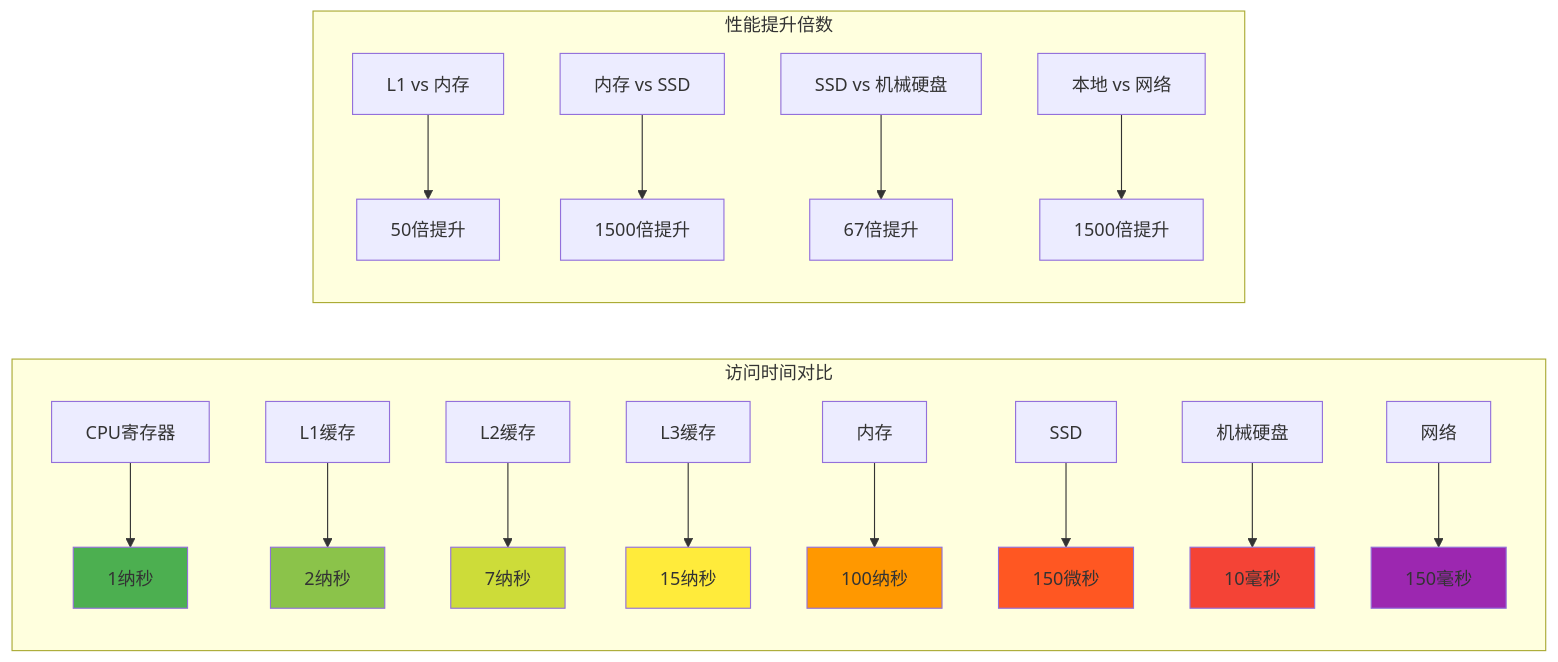
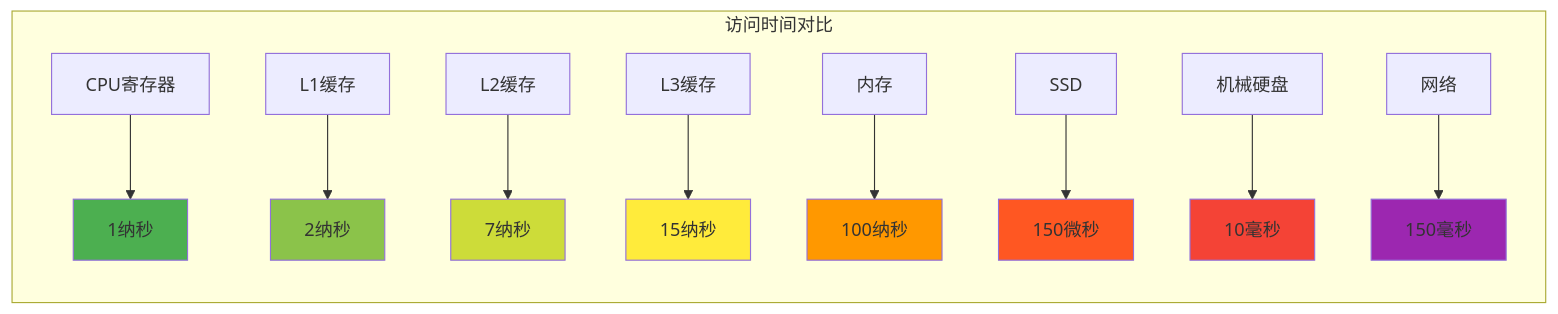
One commit to chongyang211/YCBookBlog changed the second of 36 diagrams in 00.通用技术的提升/03.方案设计思想/03.缓存架构设计思想.md. Above: the diagram before and after it, drawn with Mermaid. The commit also changed other lines of this file, not shown here.

Commit message:
缓存性能原理

````diff
--- a/00.通用技术的提升/03.方案设计思想/03.缓存架构设计思想.md
+++ b/00.通用技术的提升/03.方案设计思想/03.缓存架构设计思想.md
@@ -125,29 +124,22 @@
 ```mermaid
 graph LR
     subgraph "访问时间对比"
         A[CPU寄存器] --> A1[1纳秒]
         B[L1缓存] --> B1[2纳秒]
         C[L2缓存] --> C1[7纳秒]
         D[L3缓存] --> D1[15纳秒]
         E[内存] --> E1[100纳秒]
         F[SSD] --> F1[150微秒]
         G[机械硬盘] --> G1[10毫秒]
         H[网络] --> H1[150毫秒]
     end
-    
-    subgraph "性能提升倍数"
-        I[L1 vs 内存] --> I1[50倍提升]
-        J[内存 vs SSD] --> J1[1500倍提升]
-        K[SSD vs 机械硬盘] --> K1[67倍提升]
-        L[本地 vs 网络] --> L1[1500倍提升]
-    end
-    
+
     style A1 fill:#4caf50
     style B1 fill:#8bc34a
     style C1 fill:#cddc39
     style D1 fill:#ffeb3b
     style E1 fill:#ff9800
     style F1 fill:#ff5722
     style G1 fill:#f44336
     style H1 fill:#9c27b0
 ```
````
